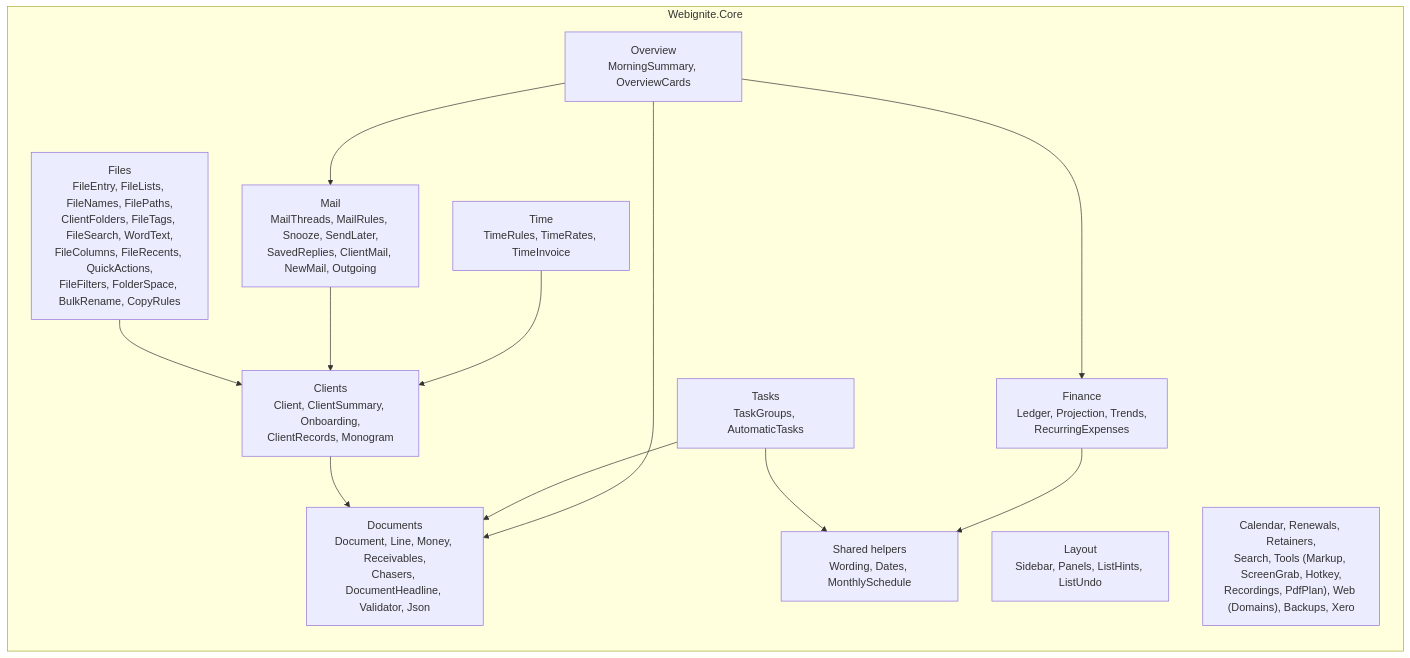
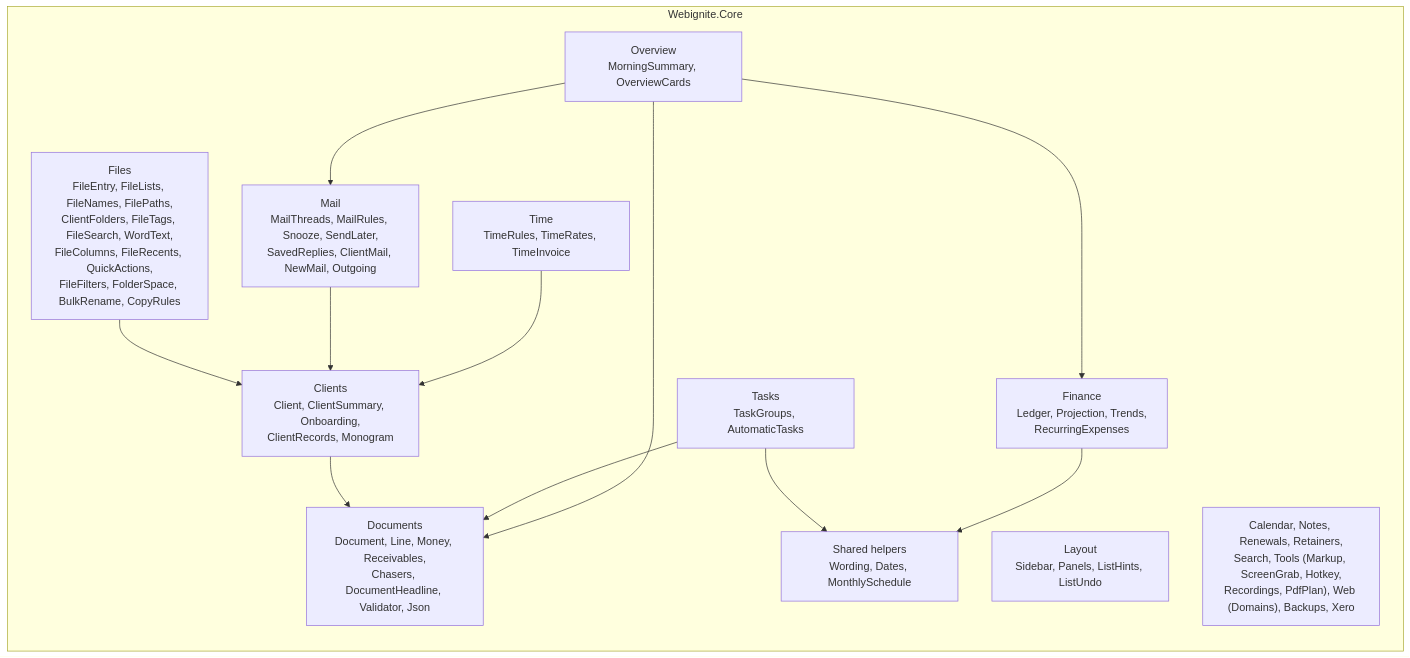
Before and after one commit to EdWebIgnite/Webignite-Desktop: the fourth of 9 diagrams in docs/architecture.md, drawn with Mermaid. The commit also changed other lines of this file and 42 other files, not shown here.

First line of the commit message:
Notes: notebooks, folders, checklists, client links, search and a quick note

````diff
--- a/docs/architecture.md
+++ b/docs/architecture.md
@@ -114,26 +114,26 @@
 ```mermaid
 flowchart LR
     subgraph core["Webignite.Core"]
         documents["Documents<br/>Document, Line, Money, Receivables,<br/>Chasers, DocumentHeadline, Validator, Json"]
         clients["Clients<br/>Client, ClientSummary, Onboarding,<br/>ClientRecords, Monogram"]
         mailc["Mail<br/>MailThreads, MailRules, Snooze, SendLater,<br/>SavedReplies, ClientMail, NewMail, Outgoing"]
         finance["Finance<br/>Ledger, Projection, Trends,<br/>RecurringExpenses"]
         time["Time<br/>TimeRules, TimeRates, TimeInvoice"]
         tasks["Tasks<br/>TaskGroups, AutomaticTasks"]
         overview["Overview<br/>MorningSummary, OverviewCards"]
         layout["Layout<br/>Sidebar, Panels, ListHints, ListUndo"]
         shared["Shared helpers<br/>Wording, Dates, MonthlySchedule"]
         files["Files<br/>FileEntry, FileLists, FileNames, FilePaths,<br/>ClientFolders, FileTags, FileSearch, WordText,<br/>FileColumns, FileRecents, QuickActions,<br/>FileFilters, FolderSpace, BulkRename, CopyRules"]
-        other["Calendar, Renewals, Retainers,<br/>Search, Tools (Markup, ScreenGrab, Hotkey,<br/>Recordings, PdfPlan), Web (Domains), Backups, Xero"]
+        other["Calendar, Notes, Renewals, Retainers,<br/>Search, Tools (Markup, ScreenGrab, Hotkey,<br/>Recordings, PdfPlan), Web (Domains), Backups, Xero"]
     end
     overview --> documents
     overview --> finance
     overview --> mailc
     tasks --> documents
     clients --> documents
     time --> clients
     mailc --> clients
     files --> clients
     finance --> shared
     tasks --> shared
 ```
````
